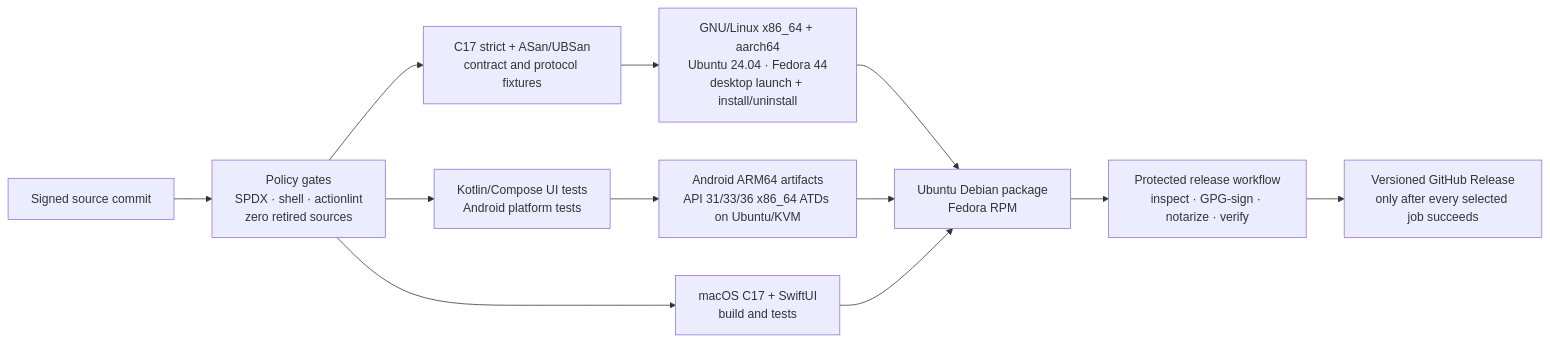
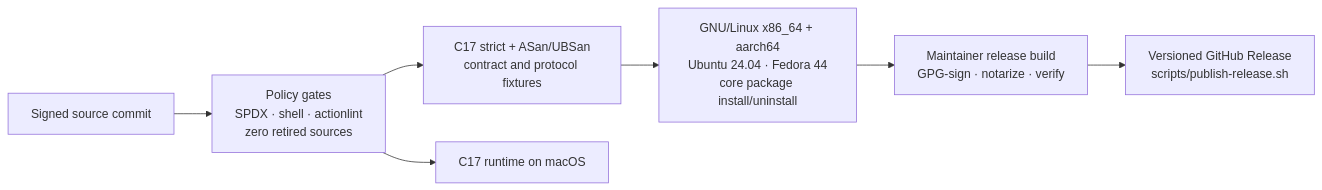
Before and after one commit to JohnThre/clambhook: the third of 4 diagrams in README.md, drawn with Mermaid. The commit also changed other lines of this file and 278 other files, not shown here.

````diff
--- a/README.md
+++ b/README.md
@@ -198,14 +188,9 @@
 ```mermaid
 flowchart LR
     source["Signed source commit"] --> policy["Policy gates<br/>SPDX · shell · actionlint<br/>zero retired sources"]
     policy --> ctest["C17 strict + ASan/UBSan<br/>contract and protocol fixtures"]
-    policy --> jvm["Kotlin/Compose UI tests<br/>Android platform tests"]
-    policy --> apple["macOS C17 + SwiftUI<br/>build and tests"]
-    ctest --> linux["GNU/Linux x86_64 + aarch64<br/>Ubuntu 24.04 · Fedora 44<br/>desktop launch + install/uninstall"]
-    jvm --> android["Android ARM64 artifacts<br/>API 31/33/36 x86_64 ATDs on Ubuntu/KVM"]
-    linux --> packages["Ubuntu Debian package<br/>Fedora RPM"]
-    android --> packages
-    apple --> packages
-    packages --> protected["Protected release workflow<br/>inspect · GPG-sign · notarize · verify"]
-    protected --> releases["Versioned GitHub Release<br/>only after every selected job succeeds"]
+    policy --> macos["C17 runtime on macOS"]
+    ctest --> linux["GNU/Linux x86_64 + aarch64<br/>Ubuntu 24.04 · Fedora 44<br/>core package install/uninstall"]
+    linux --> local["Maintainer release build<br/>GPG-sign · notarize · verify"]
+    local --> releases["Versioned GitHub Release<br/>scripts/publish-release.sh"]
 ```
````
